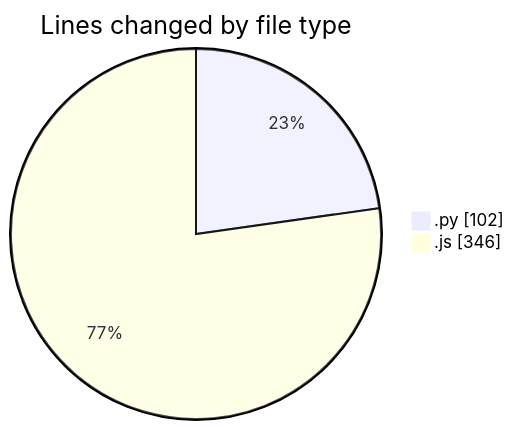
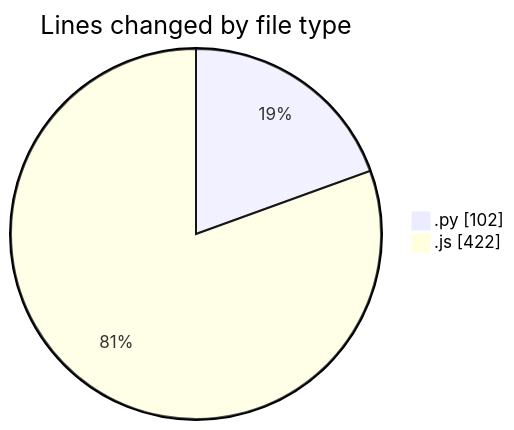
Before and after one commit to nxtqubesakshisongat/code-tracking: the first of 2 diagrams in 2025-04-12/nxtqube_webapp/README.md, drawn with Mermaid. The commit also changed other lines of this file and 1 other file, not shown here.

````diff
--- a/2025-04-12/nxtqube_webapp/README.md
+++ b/2025-04-12/nxtqube_webapp/README.md
@@ -21,6 +22,6 @@
 ```mermaid
 pie showData
 title Lines changed by file type
 ".py" : 102
-".js" : 346
+".js" : 422
 ```
````
